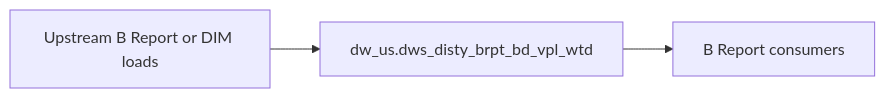
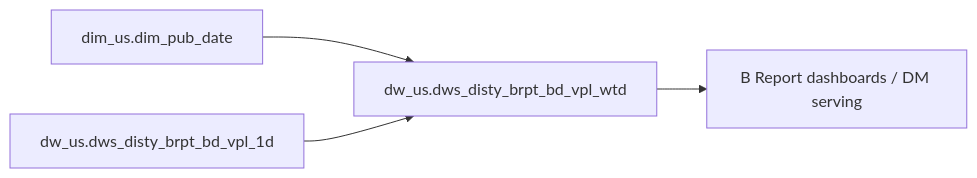
One commit to chengduhaha/data_agent changed the diagram in backend/defaults/b_report/workspace/target/knowledgebase/b-report-us/dws_disty_brpt_bd_vpl_wtd.md. Above: the diagram before and after it, drawn with Mermaid. The commit also changed other lines of this file and 1108 other files, not shown here.

````diff
--- a/backend/defaults/b_report/workspace/target/knowledgebase/b-report-us/dws_disty_brpt_bd_vpl_wtd.md
+++ b/backend/defaults/b_report/workspace/target/knowledgebase/b-report-us/dws_disty_brpt_bd_vpl_wtd.md
@@ -156,8 +267,10 @@
 ```mermaid
 flowchart LR
-  upstream[Upstream B Report or DIM loads]
-  tgt["dw_us.dws_disty_brpt_bd_vpl_wtd"]
-  brpt[B Report consumers]
-  upstream --> tgt
-  tgt --> brpt
+  dw_us_dws_disty_brpt_bd_vpl_wtd["dw_us.dws_disty_brpt_bd_vpl_wtd"]
+  src0["dim_us.dim_pub_date"]
+  src0 --> dw_us_dws_disty_brpt_bd_vpl_wtd
+  src1["dw_us.dws_disty_brpt_bd_vpl_1d"]
+  src1 --> dw_us_dws_disty_brpt_bd_vpl_wtd
+  consumers["B Report dashboards / DM serving"]
+  dw_us_dws_disty_brpt_bd_vpl_wtd --> consumers
 ```
````
